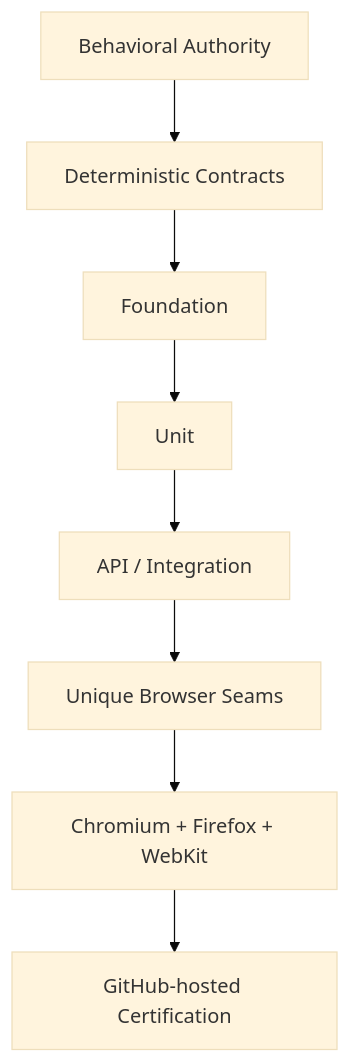
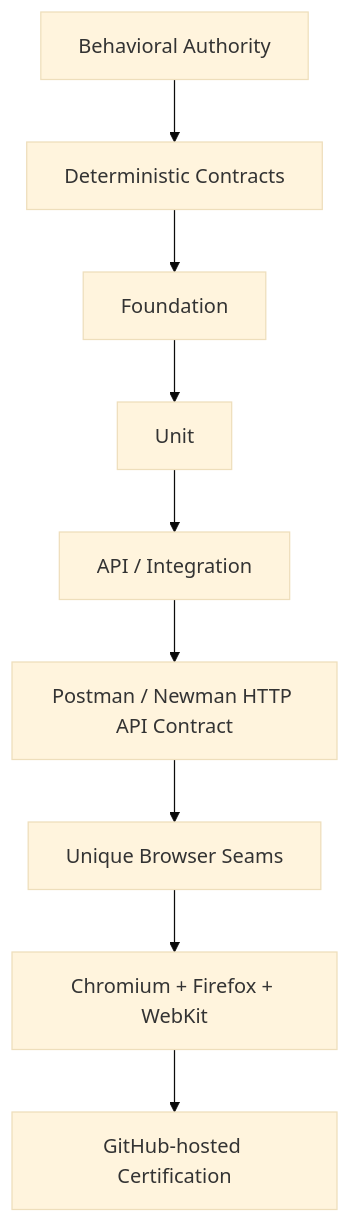
The diagram in README.md (MichaelMartinezQA/OmniQA-Automation-Framework), drawn with Mermaid (base theme) before and after one commit. The commit also changed other lines of this file and 1 other file, not shown here.

Commit message:
showcase expanded HTTP contract certification

````diff
--- a/README.md
+++ b/README.md
@@ -32,10 +35,11 @@
 ```mermaid
 flowchart TD
     A[Behavioral Authority] --> C[Deterministic Contracts]
     C --> F[Foundation]
     F --> U[Unit]
     U --> I[API / Integration]
-    I --> B[Unique Browser Seams]
+    I --> H[Postman / Newman HTTP API Contract]
+    H --> B[Unique Browser Seams]
     B --> X[Chromium + Firefox + WebKit]
     X --> G[GitHub-hosted Certification]
 ```
````
